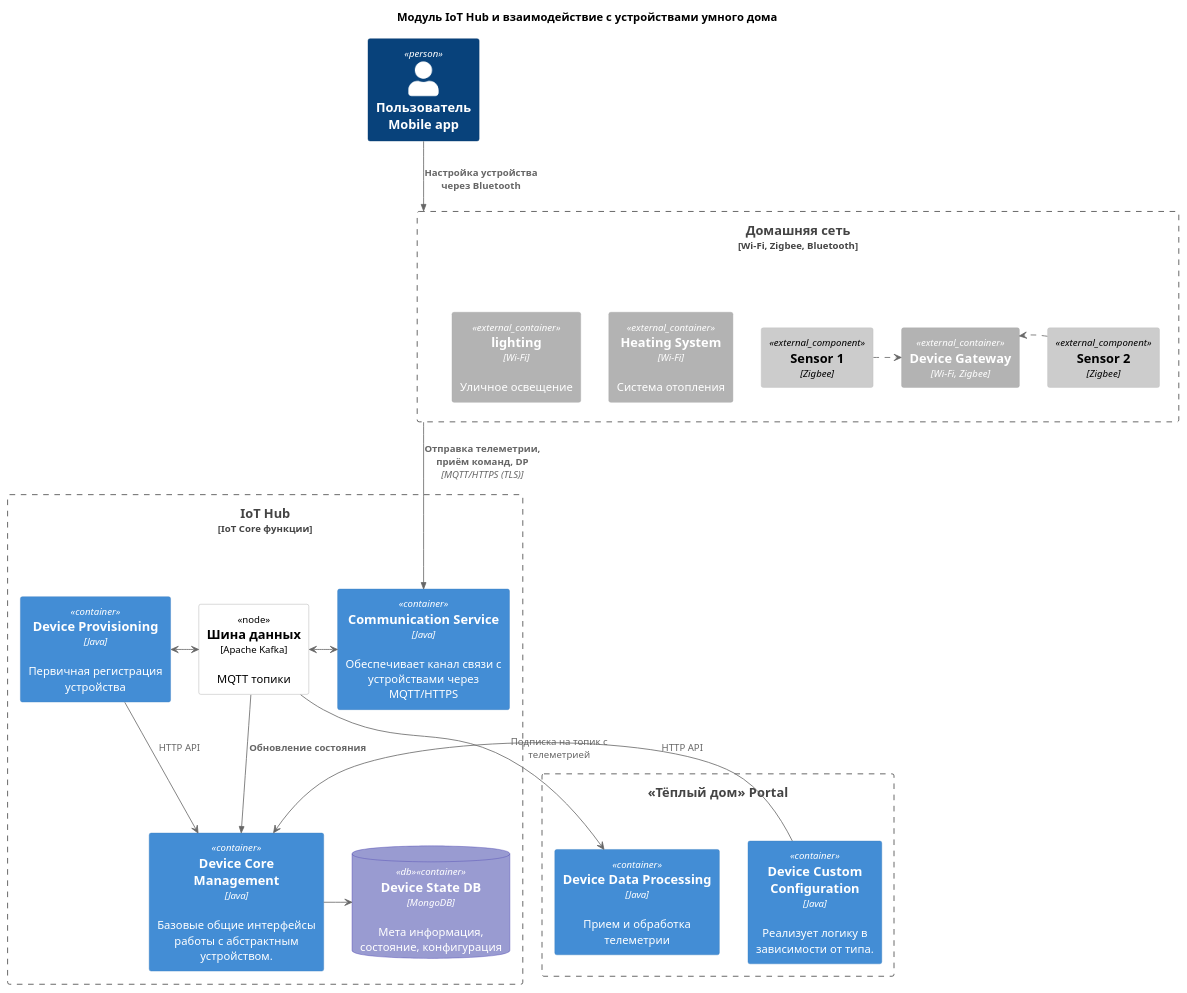
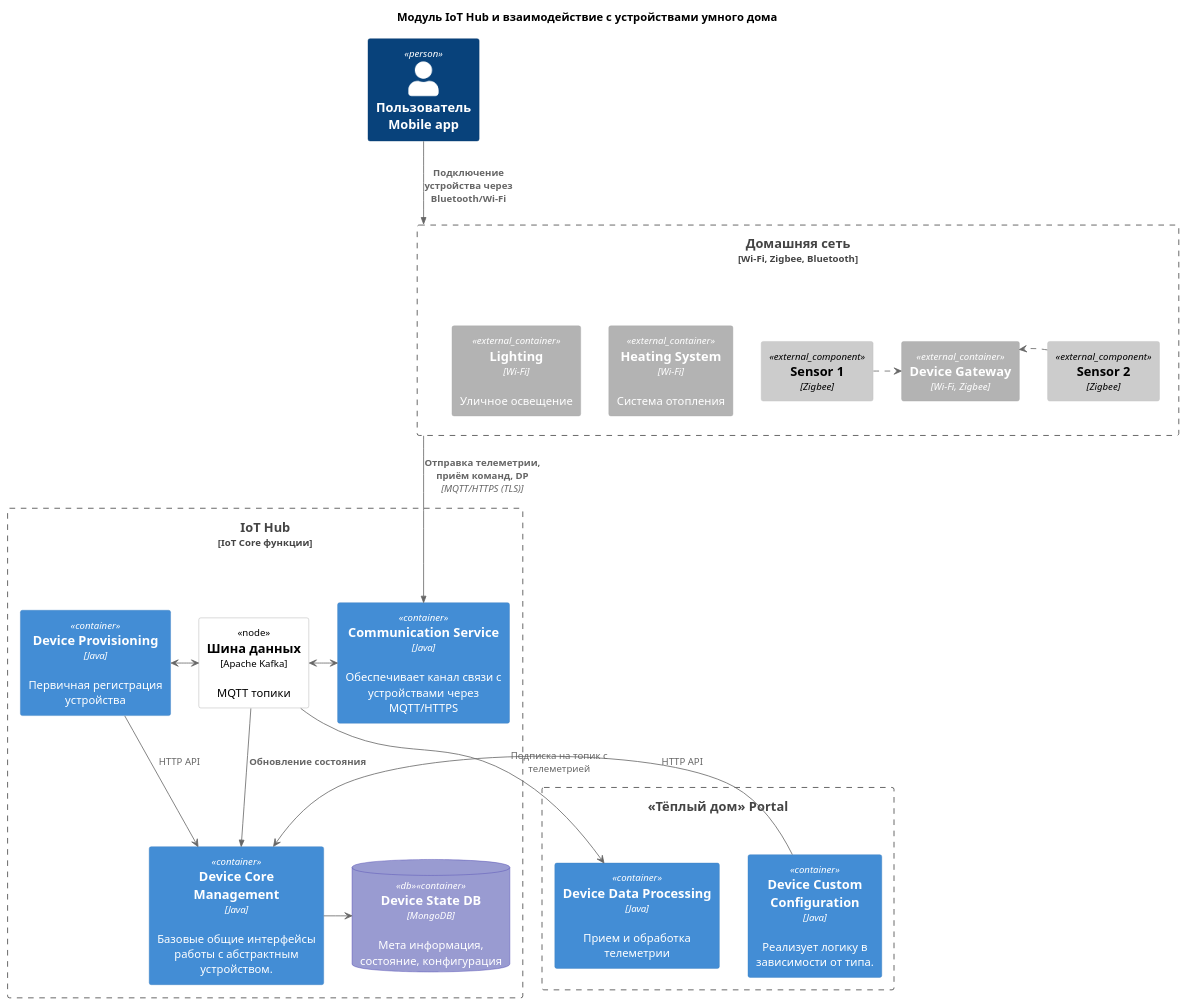
Before and after one commit to sapl/yandex-practicum-sprint-3: the diagram in tasks/task-1-2/iot-hub-container-diagram.puml, drawn with PlantUML. The commit also changed other lines of this file and 2 other files, not shown here.

```diff
--- a/tasks/task-1-2/iot-hub-container-diagram.puml
+++ b/tasks/task-1-2/iot-hub-container-diagram.puml
@@ -1,66 +1,54 @@
 @startuml
 !include https://raw.githubusercontent.com/plantuml-stdlib/C4-PlantUML/master/C4_Context.puml
 !include https://raw.githubusercontent.com/plantuml-stdlib/C4-PlantUML/master/C4_Container.puml
 !include https://raw.githubusercontent.com/plantuml-stdlib/C4-PlantUML/master/C4_Component.puml
 !include https://raw.githubusercontent.com/plantuml-stdlib/C4-PlantUML/master/C4_Deployment.puml
+
 AddRelTag("dashed", $lineStyle = DashedLine())
 AddElementTag("db", $bgColor="#999bd1", $borderColor="#4c46b0")
-
 
 LAYOUT_TOP_DOWN()
 
 title Модуль IoT Hub и взаимодействие с устройствами умного дома
 
 Person(user, "Пользователь\n Mobile app")
 
 Boundary(home, "Домашняя сеть", "Wi-Fi, Zigbee, Bluetooth") {
-        Component_Ext(sensor1, "Sensor 1", "Zigbee")
+    Component_Ext(sensor1, "Sensor 1", "Zigbee")
+    Container_Ext(gateway, "Device Gateway", "Wi-Fi, Zigbee")
+    Component_Ext(sensor2, "Sensor 2", "Zigbee")
 
-    Container_Ext(gateway, "Device Gateway", "Wi-Fi, Zigbee")
+    Lay_L(sensor2, gateway)
+    Container_Ext(heatingSystem, "Heating System", "Wi-Fi", "Система отопления")
+    Container_Ext(lighting, "Lighting", "Wi-Fi", "Уличное освещение")
 
-   Component_Ext(sensor2, "Sensor 2", "Zigbee")
-   Lay_L(sensor2, gateway)
-    Container_Ext(heatingSystem, "Heating System", "Wi-Fi", "Система отопления")
-    Container_Ext(lighting, "lighting", "Wi-Fi", "Уличное освещение")
     sensor1 .> gateway
     sensor2 .> gateway
 }
-Rel(user, home, "Настройка устройства через Bluetooth")
 
+Rel(user, home, "Подключение устройства через Bluetooth/Wi-Fi")
 
+Boundary(iotHub, "IoT Hub", "IoT Core функции") {
+    Deployment_Node(kafka, "Шина данных", "Apache Kafka", "MQTT топики")
+    Container(dps, "Device Provisioning", "Java", "Первичная регистрация устройства")
+    Container(deviceManagementService, "Device Core Management", "Java", "Базовые общие интерфейсы работы с абстрактным устройством.")
+    Container(communicationService, "Communication Service", "Java", "Обеспечивает канал связи с устройствами через MQTT/HTTPS")
+    ContainerDb(devicesDb, "Device State DB", "MongoDB", "Мета информация, состояние, конфигурация", $tags=db)
+}
 
-
-    Boundary(iotHub, "IoT Hub", "IoT Core функции") {
-
-  Deployment_Node(kafka, "Шина данных", "Apache Kafka", "MQTT топики")
-        Container(dps, "Device Provisioning", "Java", "Первичная регистрация устройства")
-        Container(deviceManagementService, "Device Core Management", "Java", "Базовые общие интерфейсы работы с абстрактным устройством.")
-       Container(communicationService, "Communication Service", "Java", "Обеспечивает канал связи c устройствами через MQTT/HTTPS")
-
-        ContainerDb(devicesDb, "Device State DB", "MongoDB", "Мета информация, состояние, конфигурация", $tags=db)
-    }
-
-    Boundary(portal, "«Тёплый дом» Portal") {
-         Container(dataService, "Device Data Processing", "Java", "Прием и обработка телеметрии")
-         Container(configurationService, "Device Custom Configuration", "Java", "Реализует логику в зависимости от типа.")
-         Container(dataService, "Device Data Processing", "Java", "Прием и обработка телеметрии")
-    }
-
-
-
+Boundary(portal, "«Тёплый дом» Portal") {
+    Container(dataService, "Device Data Processing", "Java", "Прием и обработка телеметрии")
+    Container(configurationService, "Device Custom Configuration", "Java", "Реализует логику в зависимости от типа.")
+    Container(dataService, "Device Data Processing", "Java", "Прием и обработка телеметрии")
+}
 
 Rel(home, communicationService, "Отправка телеметрии, приём команд, DP", "MQTT/HTTPS (TLS)")
-
 deviceManagementService -> devicesDb
 dps <-> kafka
-dps -> deviceManagementService: HTTP API
+dps -> deviceManagementService : HTTP API
 kafka <-> communicationService
-
-Rel_D(kafka,deviceManagementService, "Обновление состояния")
-
-
+Rel_D(kafka, deviceManagementService, "Обновление состояния")
 kafka --> dataService : Подписка на топик с телеметрией
-configurationService -> deviceManagementService: HTTP API
-
+configurationService -> deviceManagementService : HTTP API
 
 @enduml
```
